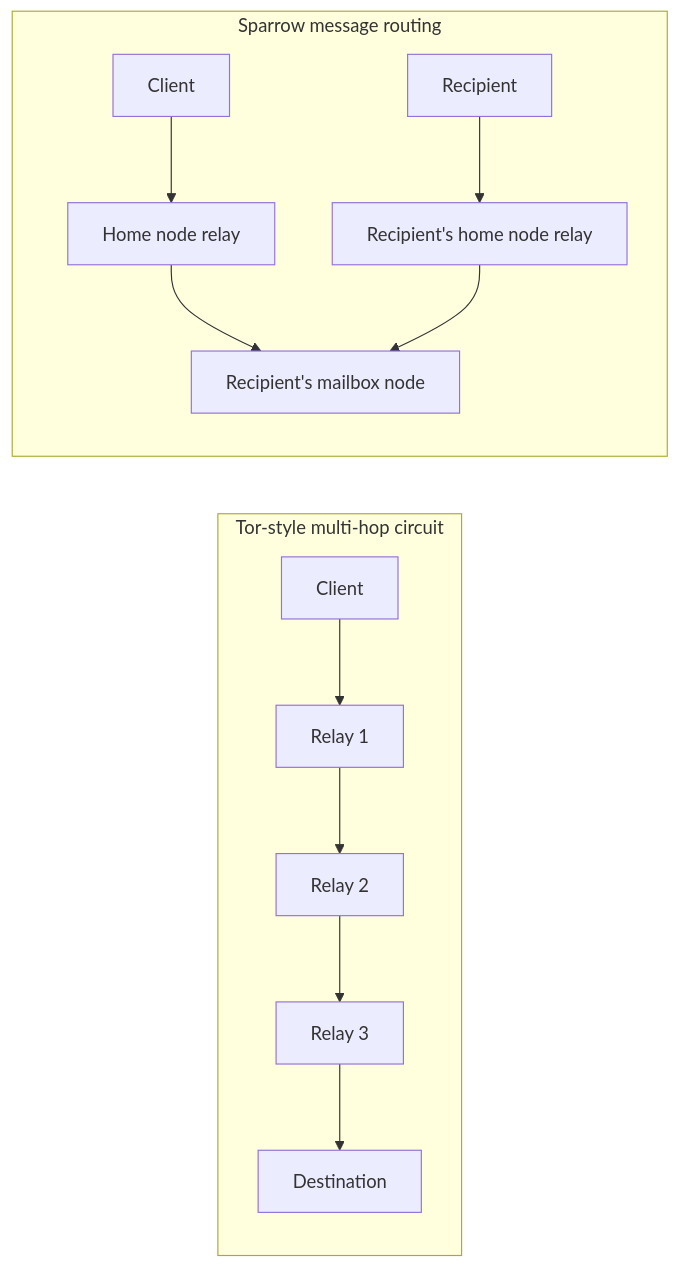
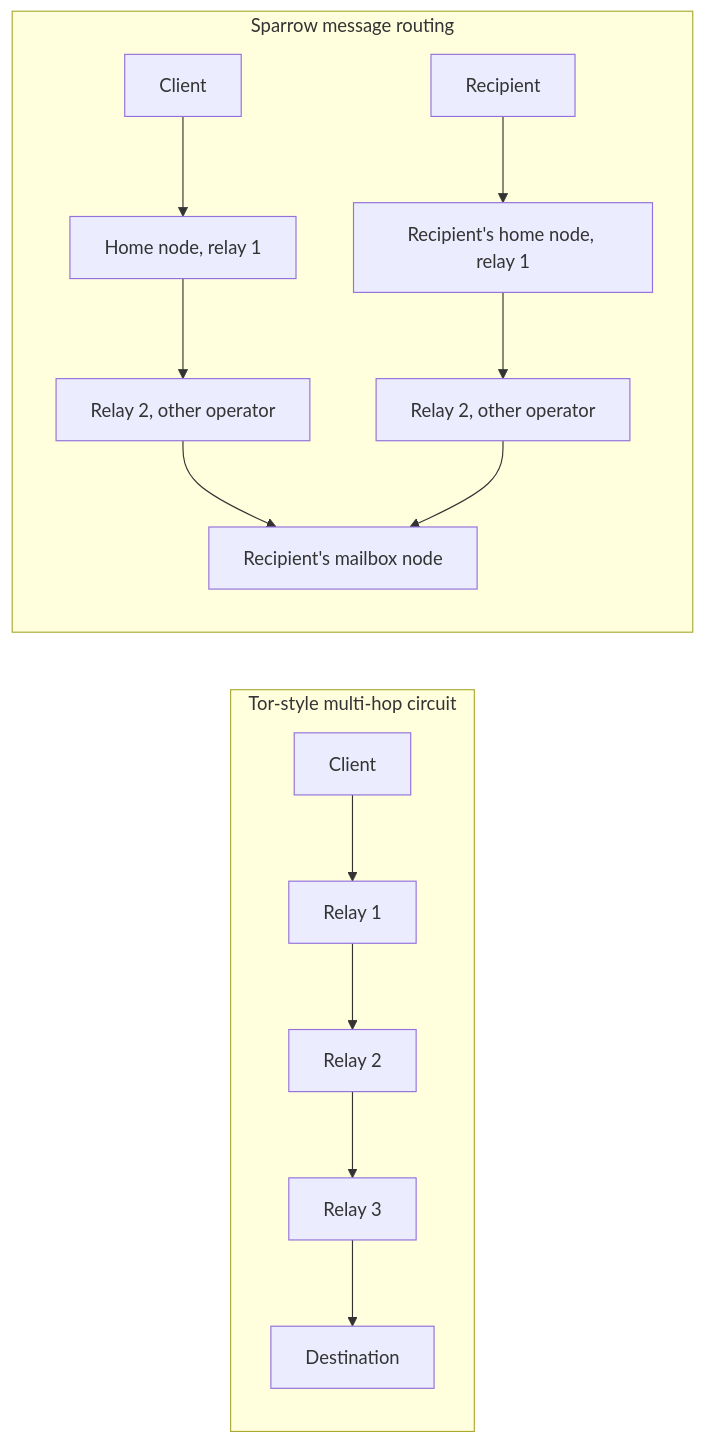
Before and after one commit to cbgm/Sparrow: the third of 3 diagrams in docs/why-sparrow.md, drawn with Mermaid. The commit also changed other lines of this file and 9 other files, not shown here.

````diff
--- a/docs/why-sparrow.md
+++ b/docs/why-sparrow.md
@@ -147,16 +149,18 @@
 ```mermaid
 flowchart LR
     subgraph Tor[Tor-style multi-hop circuit]
         TClient[Client] --> Guard[Relay 1]
         Guard --> Middle[Relay 2]
         Middle --> Exit[Relay 3]
         Exit --> Destination[Destination]
     end
 
     subgraph SC[Sparrow message routing]
-        SClient[Client] --> Home[Home node relay]
-        Home --> NodeB[Recipient's mailbox node]
-        Recipient[Recipient] --> RHome[Recipient's home node relay]
-        RHome --> NodeB
+        SClient[Client] --> Home[Home node, relay 1]
+        Home --> Relay2[Relay 2, other operator]
+        Relay2 --> NodeB[Recipient's mailbox node]
+        Recipient[Recipient] --> RHome[Recipient's home node, relay 1]
+        RHome --> RRelay2[Relay 2, other operator]
+        RRelay2 --> NodeB
     end
 ```
````
